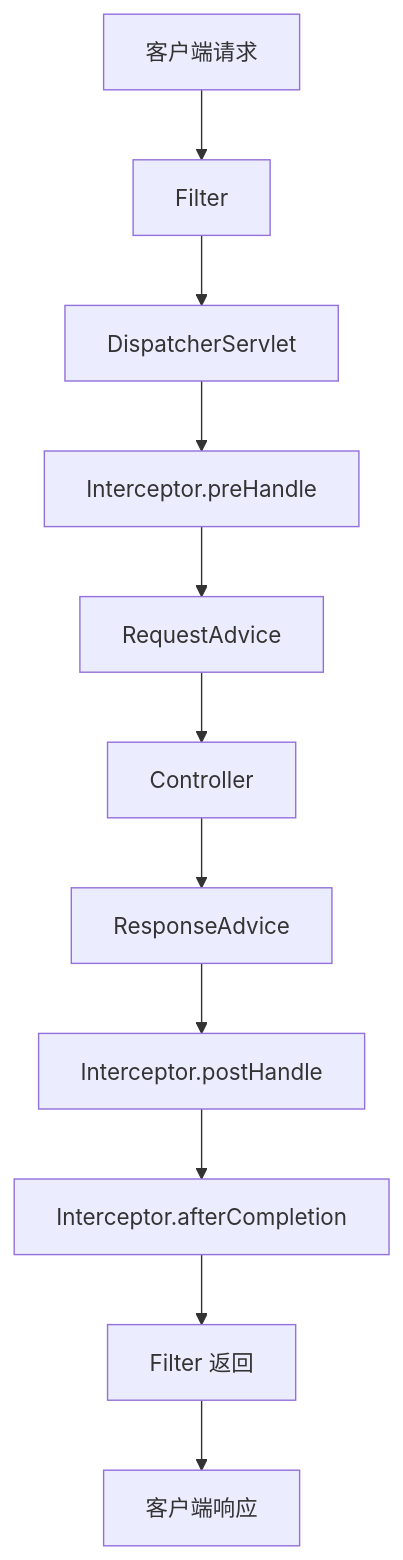
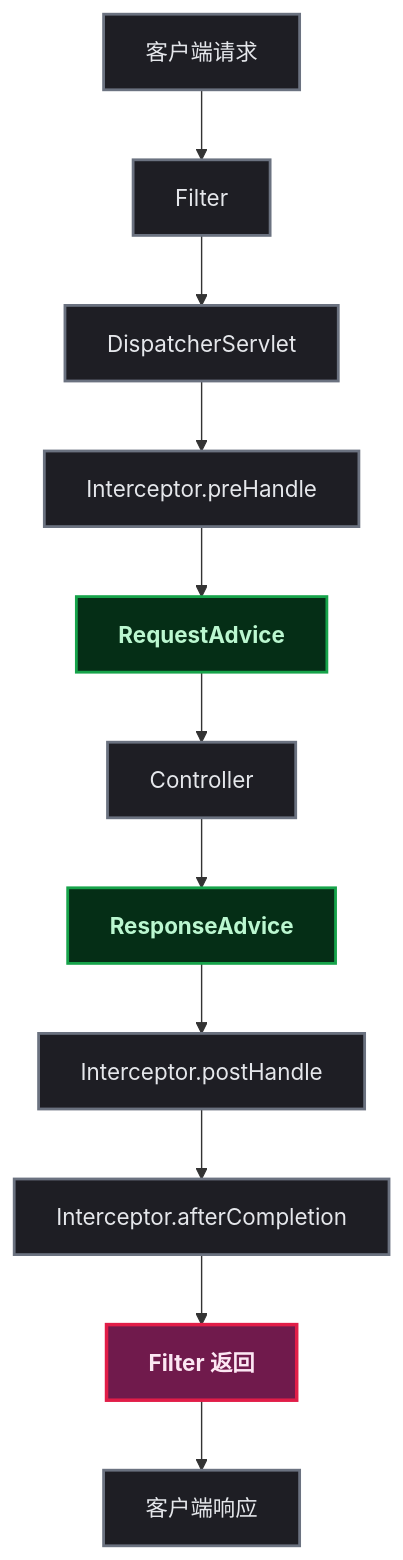
One commit to yaocat55/yaocat55.github.io changed the first of 6 diagrams in content/posts/spring/FilterInterceptorAdvice.md. Above: the diagram before and after it, drawn with Mermaid. The commit also changed other lines of this file and 155 other files, not shown here.

````diff
--- a/content/posts/spring/FilterInterceptorAdvice.md
+++ b/content/posts/spring/FilterInterceptorAdvice.md
@@ -51,13 +51,21 @@
 ```mermaid
 flowchart TD
+%% 半暗底色 + 高亮描边：完美适配博客深色/浅色双主题 %%
+classDef process fill:#1e1e24,stroke:#6b7280,stroke-width:2px,color:#e5e7eb;
+classDef data fill:#052e16,stroke:#16a34a,stroke-width:2px,color:#bbf7d0,font-weight:bold;
+classDef startEnd fill:#701a4c,stroke:#e11d48,stroke-width:2.5px,color:#fce7f3,font-weight:bold;
     A[客户端请求] --> B[Filter]
     B --> C[DispatcherServlet]
     C --> D[Interceptor.preHandle]
     D --> E[RequestAdvice]
     E --> F[Controller]
     F --> G[ResponseAdvice]
     G --> H[Interceptor.postHandle]
     H --> I[Interceptor.afterCompletion]
     I --> J[Filter 返回]
     J --> K[客户端响应]
+
+class E,G data;
+class A,B,C,D,F,H,I,K process;
+class J startEnd;
 ```
````
